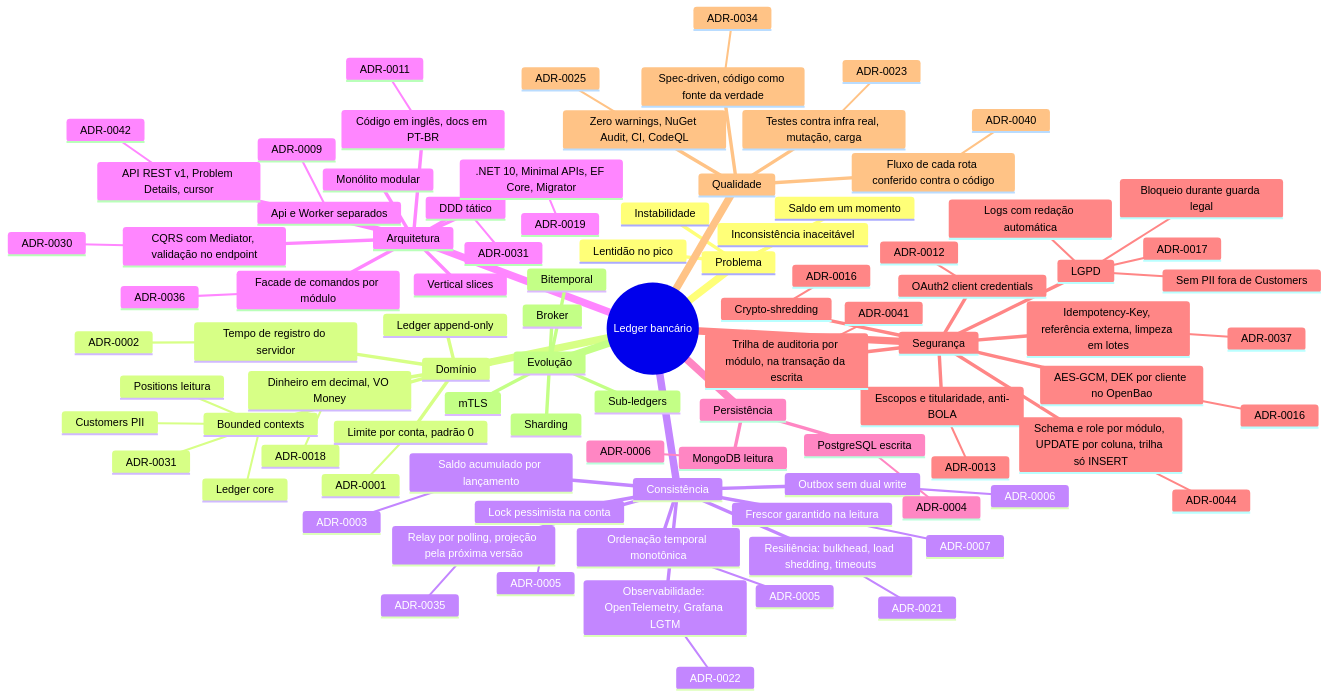
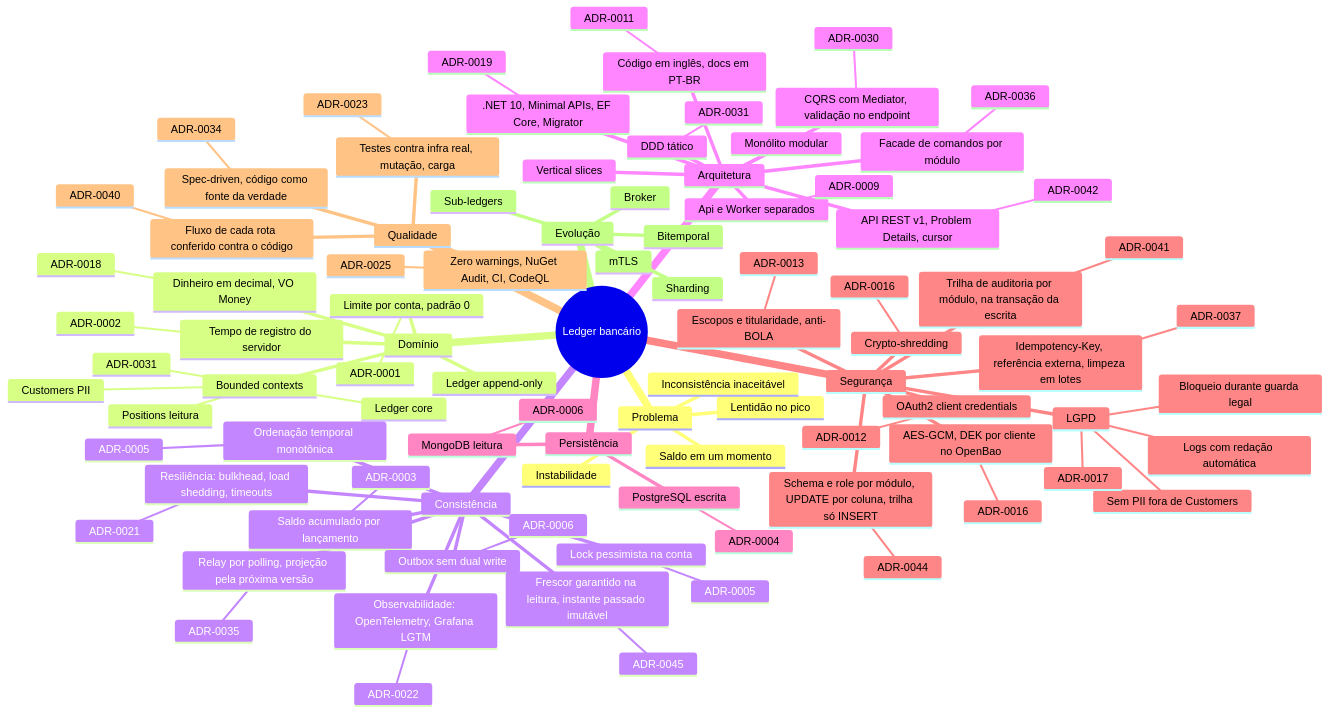
Before and after one commit to arthuurw/desafio-arquiteto-keyrus: the first of 2 diagrams in docs/mapa-de-decisoes.md, drawn with Mermaid. The commit also changed other lines of this file and 24 other files, not shown here.

```diff
--- a/docs/mapa-de-decisoes.md
+++ b/docs/mapa-de-decisoes.md
@@ -57,8 +57,8 @@
         ADR-0021
       Observabilidade: OpenTelemetry, Grafana LGTM
         ADR-0022
-      Frescor garantido na leitura
-        ADR-0007
+      Frescor garantido na leitura, instante passado imutável
+        ADR-0045
     Arquitetura
       Monólito modular
       Vertical slices
```
